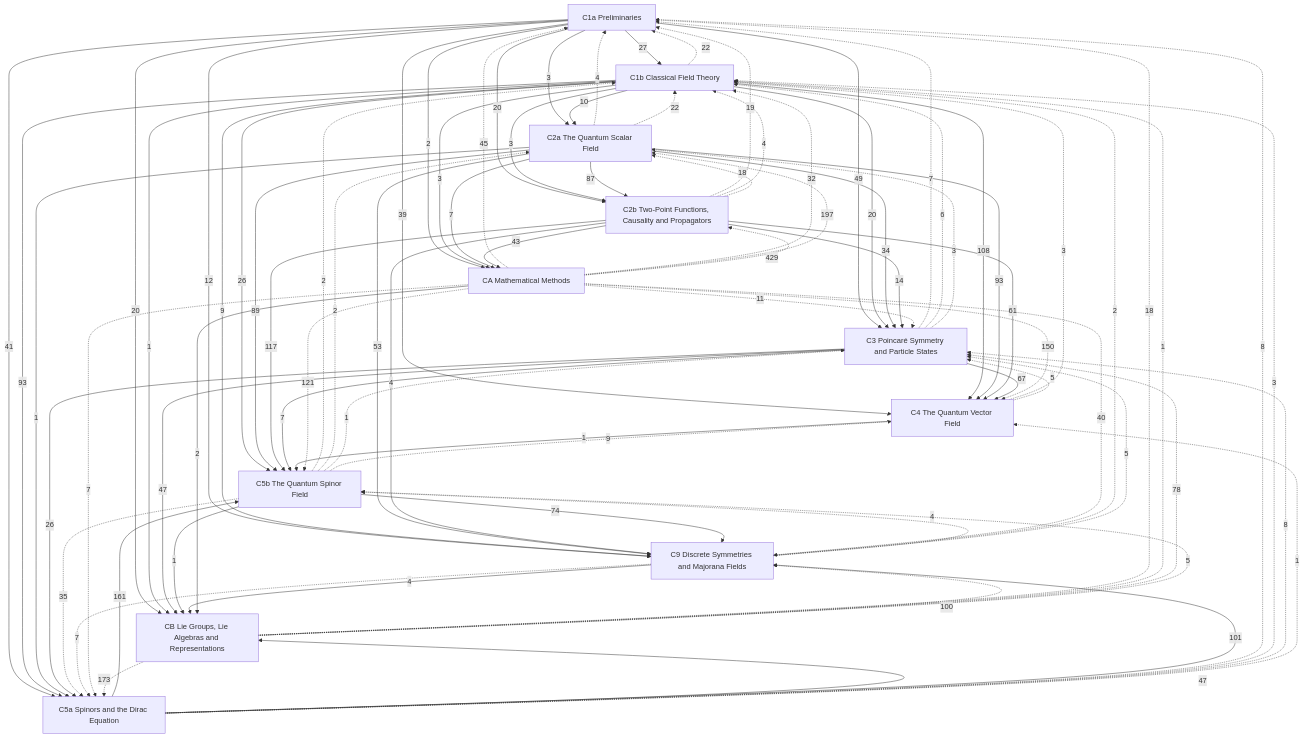
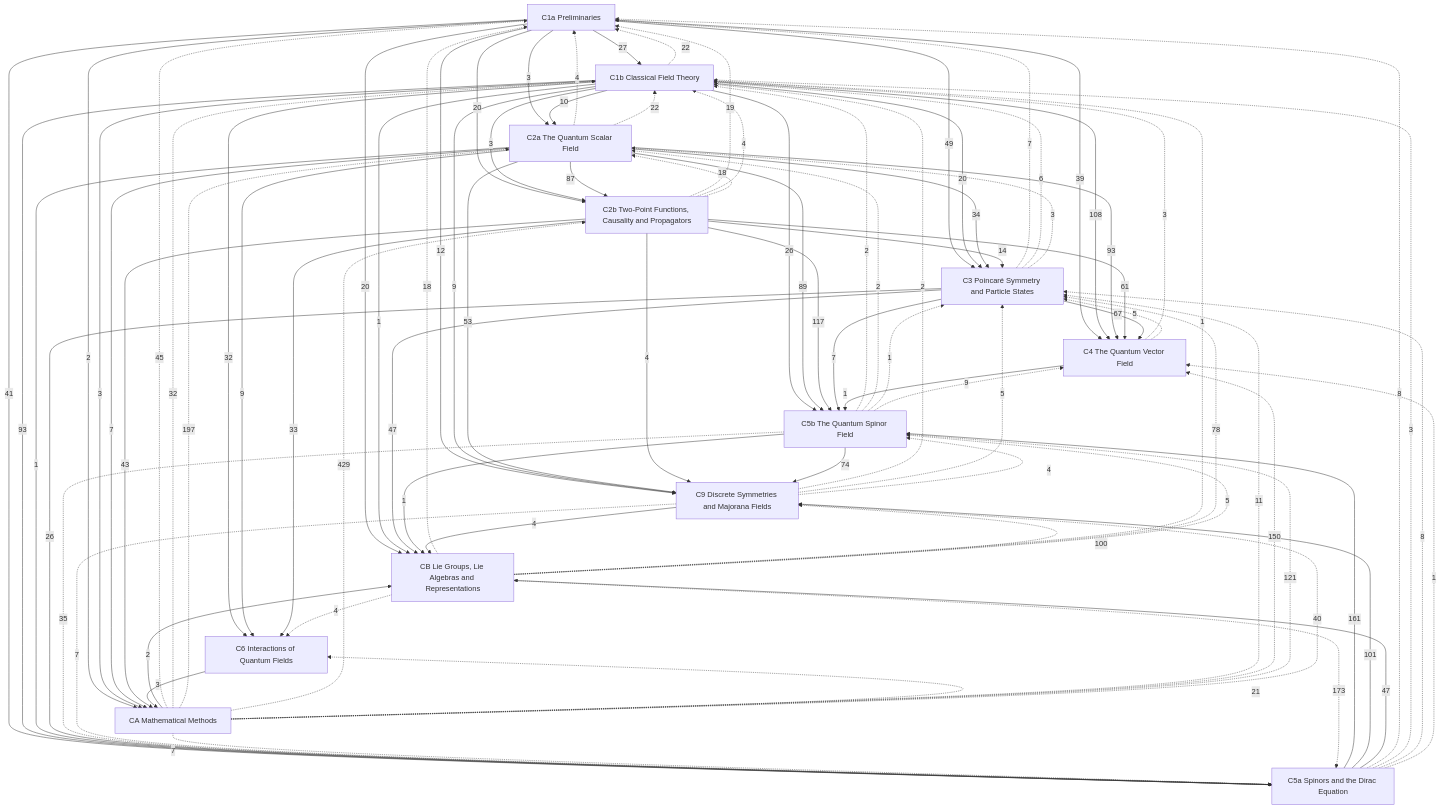
One commit to Onion20040508/notes changed the diagram in Physics/Quantum Field Theory/Quantum Field Theory.md. Above: the diagram before and after it, drawn with Mermaid. The commit also changed other lines of this file and 26 other files, not shown here.

````diff
--- a/Physics/Quantum Field Theory/Quantum Field Theory.md
+++ b/Physics/Quantum Field Theory/Quantum Field Theory.md
@@ -37,6 +38,7 @@
   C4["C4 The Quantum Vector Field"]
   C5a["C5a Spinors and the Dirac Equation"]
   C5b["C5b The Quantum Spinor Field"]
+  C6["C6 Interactions of Quantum Fields"]
   C9["C9 Discrete Symmetries and Majorana Fields"]
   CA["CA Mathematical Methods"]
   CB["CB Lie Groups, Lie Algebras and Representations"]
@@ -65,6 +67,9 @@
   C3 -->|7| C5b
   C4 -->|1| C5b
   C5a -->|161| C5b
+  C1b -->|32| C6
+  C2a -->|9| C6
+  C2b -->|33| C6
   C1a -->|12| C9
   C1b -->|9| C9
   C2a -->|53| C9
@@ -75,6 +80,7 @@
   C1b -->|3| CA
   C2a -->|7| CA
   C2b -->|43| CA
+  C6 -->|3| CA
   C1a -->|20| CB
   C1b -->|1| CB
   C3 -->|47| CB
@@ -119,6 +125,8 @@
   C9 -.->|4| C5b
   CA -.->|121| C5b
   CB -.->|5| C5b
+  CA -.->|21| C6
+  CB -.->|4| C6
   CA -.->|40| C9
   CB -.->|100| C9
 ```
````
